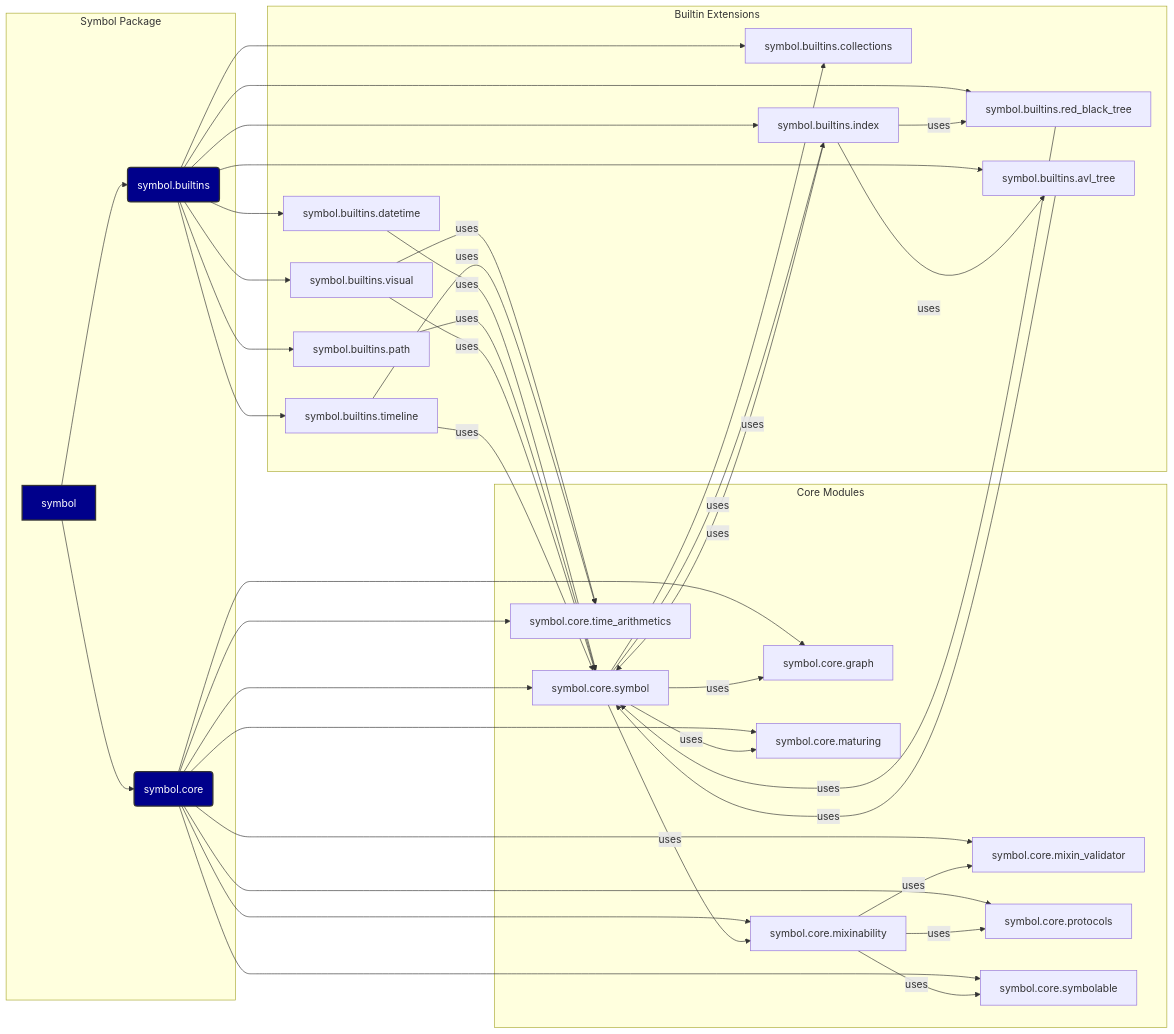
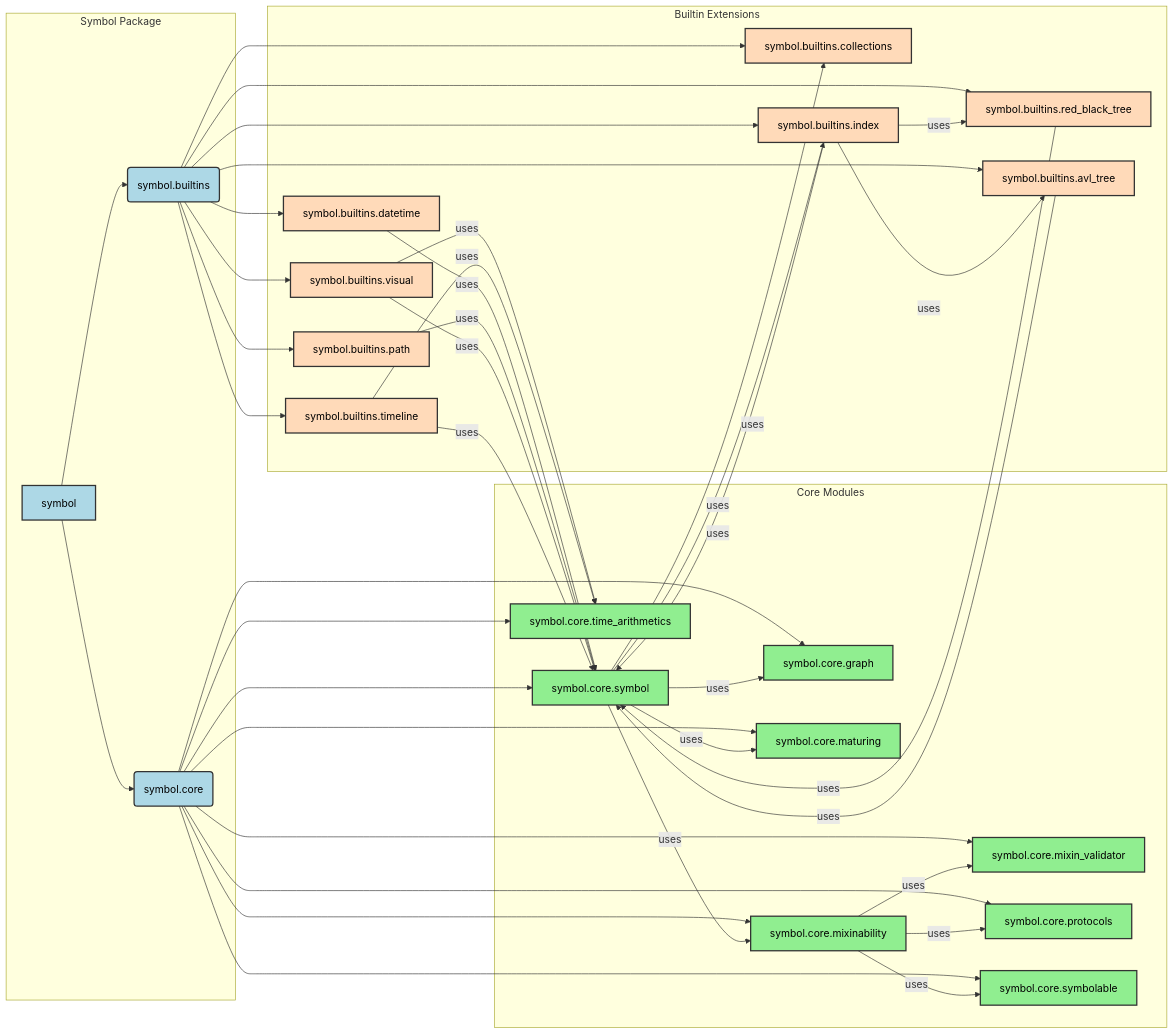
Before and after one commit to ikko/sym: the diagram in docs/architecture.md, drawn with Mermaid. The commit also changed 19 other files, not shown here.

````diff
--- a/docs/architecture.md
+++ b/docs/architecture.md
@@ -3,57 +3,75 @@
 ```mermaid
 graph LR
     subgraph Symbol Package
         A[symbol] --> B(symbol.core)
         A --> C(symbol.builtins)
     end
 
     subgraph Core Modules
         B --> B1[symbol.core.symbol]
         B --> B2[symbol.core.graph]
         B --> B3[symbol.core.maturing]
         B --> B4[symbol.core.mixinability]
         B --> B5[symbol.core.mixin_validator]
         B --> B6[symbol.core.protocols]
         B --> B7[symbol.core.symbolable]
         B --> B8[symbol.core.time_arithmetics]
     end
 
     subgraph Builtin Extensions
         C --> C1[symbol.builtins.collections]
         C --> C2[symbol.builtins.datetime]
         C --> C3[symbol.builtins.index]
         C --> C4[symbol.builtins.path]
         C --> C5[symbol.builtins.visual]
         C --> C6[symbol.builtins.red_black_tree]
         C --> C7[symbol.builtins.avl_tree]
         C --> C8[symbol.builtins.timeline]
     end
 
     B1 -- uses --> B2
     B1 -- uses --> B3
     B1 -- uses --> B4
     B1 -- uses --> C1
     B1 -- uses --> C3
 
     B4 -- uses --> B5
     B4 -- uses --> B6
     B4 -- uses --> B7
 
     C2 -- uses --> B1
     C3 -- uses --> B1
     C4 -- uses --> B1
     C5 -- uses --> B1
     C6 -- uses --> B1
     C7 -- uses --> B1
     C8 -- uses --> B1
 
     C3 -- uses --> C6
     C3 -- uses --> C7
 
     C5 -- uses --> B8
     C8 -- uses --> B8
 
-    style A fill:#00008B,stroke:#333,stroke-width:2px,color:#FFFFFF
-    style B fill:#00008B,stroke:#333,stroke-width:2px,color:#FFFFFF
-    style C fill:#00008B,stroke:#333,stroke-width:2px,color:#FFFFFF
+    style A fill:#ADD8E6,stroke:#333,stroke-width:2px,color:#000000
+    style B fill:#ADD8E6,stroke:#333,stroke-width:2px,color:#000000
+    style C fill:#ADD8E6,stroke:#333,stroke-width:2px,color:#000000
+
+    style B1 fill:#90EE90,stroke:#333,stroke-width:2px,color:#000000
+    style B2 fill:#90EE90,stroke:#333,stroke-width:2px,color:#000000
+    style B3 fill:#90EE90,stroke:#333,stroke-width:2px,color:#000000
+    style B4 fill:#90EE90,stroke:#333,stroke-width:2px,color:#000000
+    style B5 fill:#90EE90,stroke:#333,stroke-width:2px,color:#000000
+    style B6 fill:#90EE90,stroke:#333,stroke-width:2px,color:#000000
+    style B7 fill:#90EE90,stroke:#333,stroke-width:2px,color:#000000
+    style B8 fill:#90EE90,stroke:#333,stroke-width:2px,color:#000000
+
+    style C1 fill:#FFDAB9,stroke:#333,stroke-width:2px,color:#000000
+    style C2 fill:#FFDAB9,stroke:#333,stroke-width:2px,color:#000000
+    style C3 fill:#FFDAB9,stroke:#333,stroke-width:2px,color:#000000
+    style C4 fill:#FFDAB9,stroke:#333,stroke-width:2px,color:#000000
+    style C5 fill:#FFDAB9,stroke:#333,stroke-width:2px,color:#000000
+    style C6 fill:#FFDAB9,stroke:#333,stroke-width:2px,color:#000000
+    style C7 fill:#FFDAB9,stroke:#333,stroke-width:2px,color:#000000
+    style C8 fill:#FFDAB9,stroke:#333,stroke-width:2px,color:#000000
 ```
````
